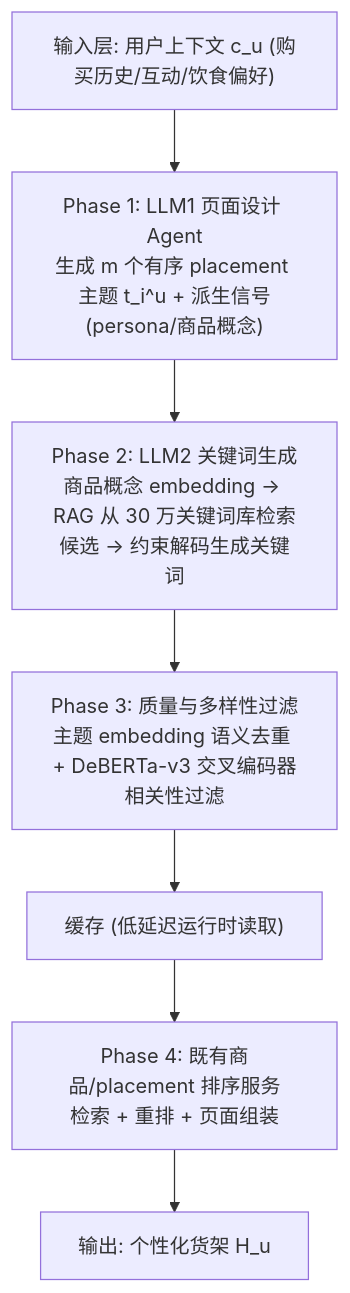
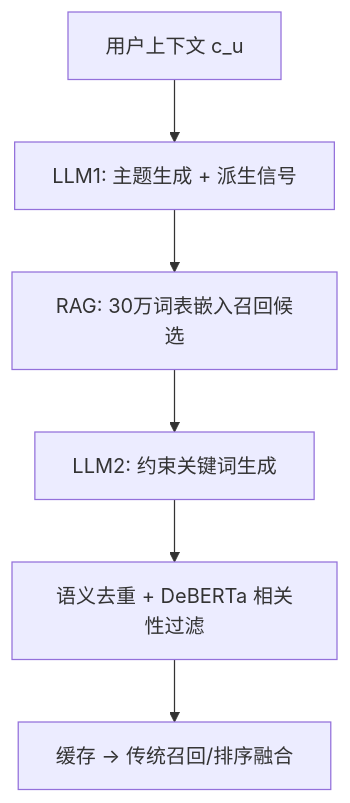
Before and after one commit to jbdcia321vw/Paper-Notes: the diagram in docs/venues/SIGIR/2026/generative_rec/a_cascaded_generative_approach_for_e_commerce_recommendations.md, drawn with Mermaid. The commit also changed other lines of this file and 1119 other files, not shown here.

````diff
--- a/docs/venues/SIGIR/2026/generative_rec/a_cascaded_generative_approach_for_e_commerce_recommendations.md
+++ b/docs/venues/SIGIR/2026/generative_rec/a_cascaded_generative_approach_for_e_commerce_recommendations.md
@@ -61,9 +47,8 @@
 ```mermaid
 flowchart TD
-    A["输入层: 用户上下文 c_u (购买历史/互动/饮食偏好)"] --> B["Phase 1: LLM1 页面设计 Agent<br/>生成 m 个有序 placement 主题 t_i^u + 派生信号(persona/商品概念)"]
-    B --> C["Phase 2: LLM2 关键词生成<br/>商品概念 embedding → RAG 从 30 万关键词库检索候选 → 约束解码生成关键词"]
-    C --> D["Phase 3: 质量与多样性过滤<br/>主题 embedding 语义去重 + DeBERTa-v3 交叉编码器相关性过滤"]
-    D --> E["缓存 (低延迟运行时读取)"]
-    E --> F["Phase 4: 既有商品/placement 排序服务<br/>检索 + 重排 + 页面组装"]
-    F --> G["输出: 个性化货架 H_u"]
+    A["用户上下文 c_u"] --> B["LLM1: 主题生成 + 派生信号"]
+    B --> C["RAG: 30万词表嵌入召回候选"]
+    C --> D["LLM2: 约束关键词生成"]
+    D --> E["语义去重 + DeBERTa 相关性过滤"]
+    E --> F["缓存 → 传统召回/排序融合"]
 ```
````
